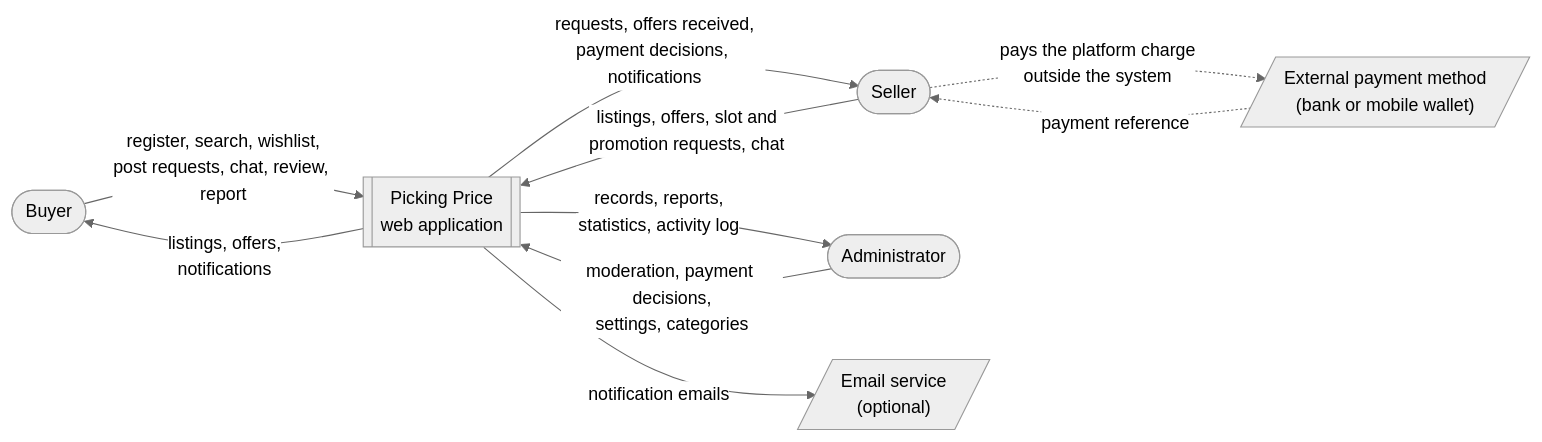
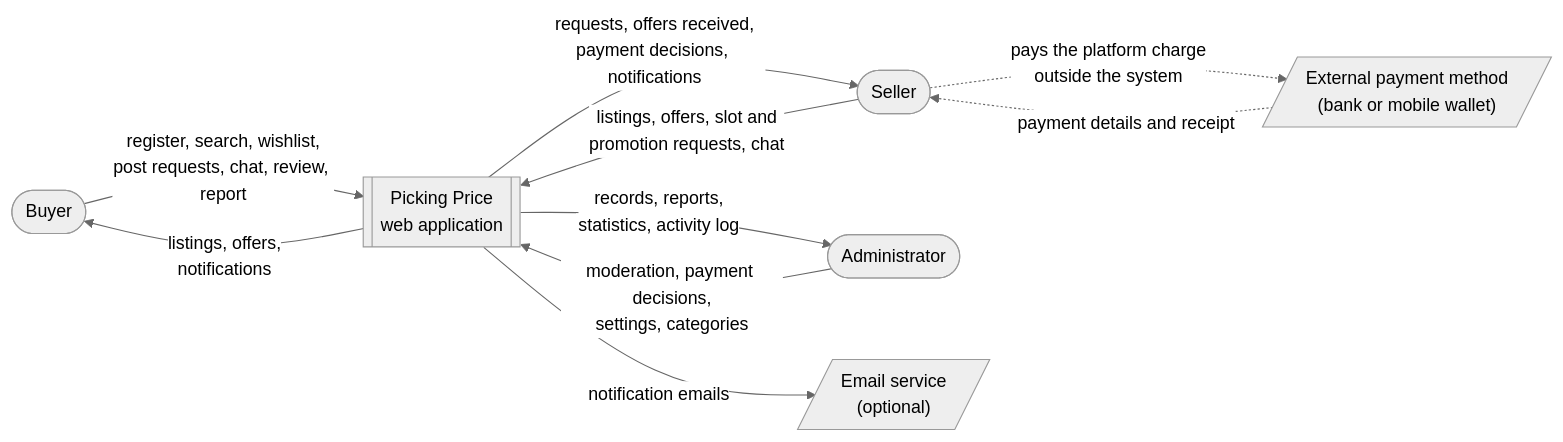
The first of 7 diagrams in docs/ANALYSIS_MODELS.md (maliha-shazad/PickingPrice), drawn with Mermaid (neutral theme) before and after one commit. The commit also changed other lines of this file and 62 other files, not shown here.

````diff
--- a/docs/ANALYSIS_MODELS.md
+++ b/docs/ANALYSIS_MODELS.md
@@ -11,19 +11,19 @@
 ```mermaid
 flowchart LR
   Buyer([Buyer])
   Seller([Seller])
   Admin([Administrator])
   System[["Picking Price<br/>web application"]]
   Email[/"Email service<br/>(optional)"/]
   Pay[/"External payment method<br/>(bank or mobile wallet)"/]
 
   Buyer -- "register, search, wishlist,<br/>post requests, chat, review, report" --> System
   System -- "listings, offers,<br/>notifications" --> Buyer
   Seller -- "listings, offers, slot and<br/>promotion requests, chat" --> System
   System -- "requests, offers received,<br/>payment decisions, notifications" --> Seller
   Admin -- "moderation, payment decisions,<br/>settings, categories" --> System
   System -- "records, reports,<br/>statistics, activity log" --> Admin
   System -- "notification emails" --> Email
   Seller -. "pays the platform charge<br/>outside the system" .-> Pay
-  Pay -. "payment reference" .-> Seller
+  Pay -. "payment details and receipt" .-> Seller
 ```
````
